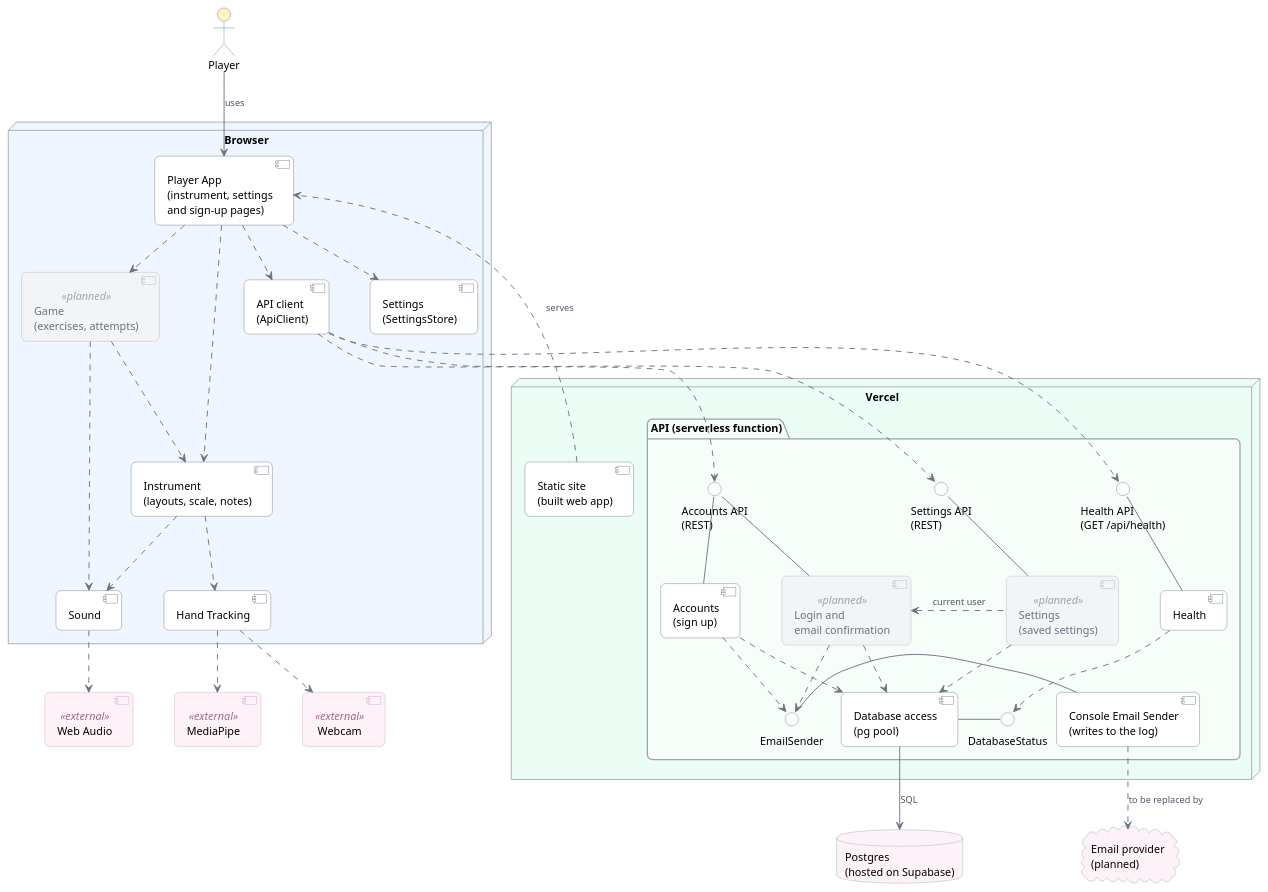
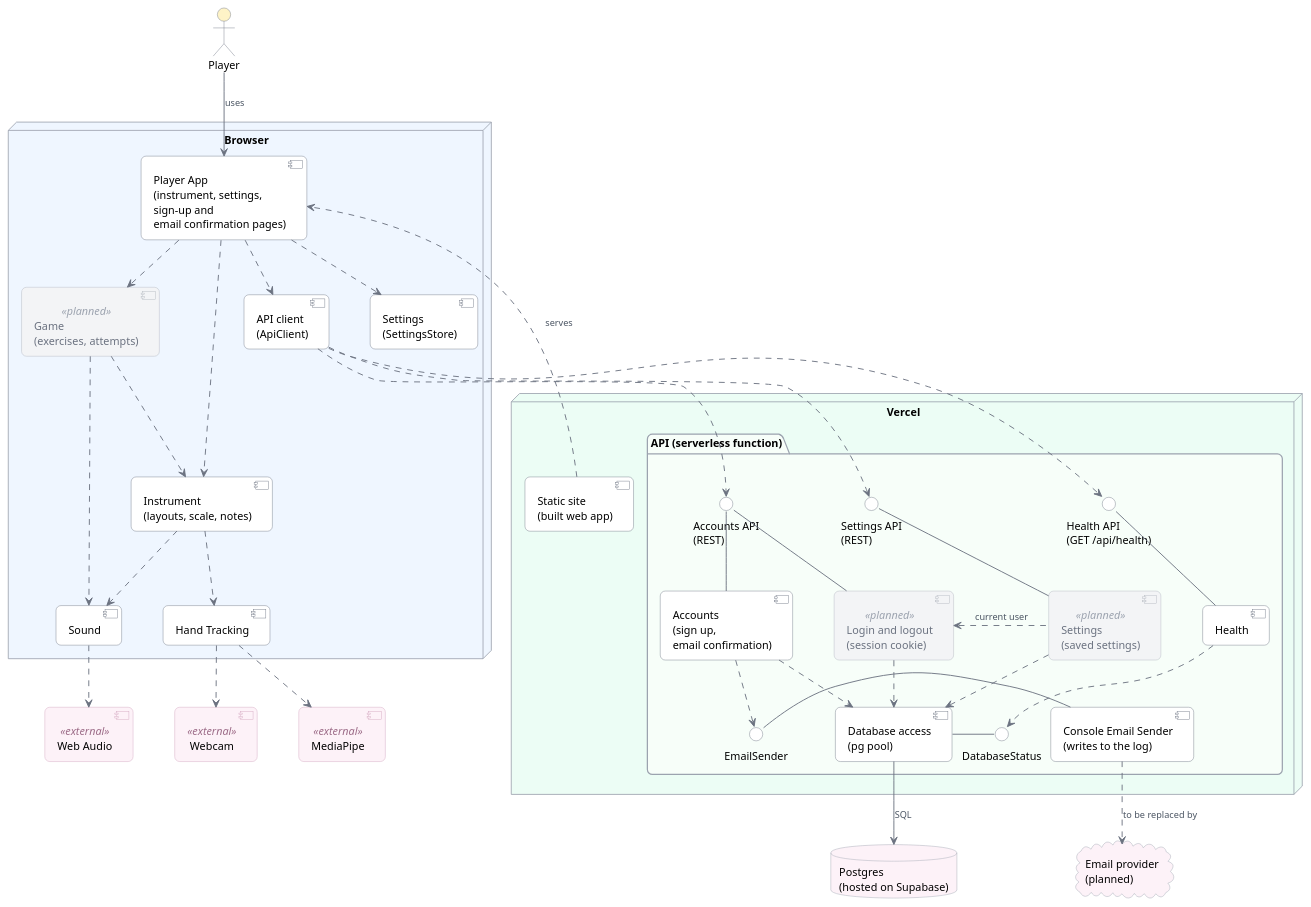
Before and after one commit to MESW-LES-2627/les-project-group-5: the diagram in docs/design/component-diagram.puml, drawn with PlantUML. The commit also changed 2 other files, not shown here.

Commit message:
docs: show email confirmation as built in the design report
Email confirmation was merged in #91. Login and logout stay planned
until #94 is merged.

```diff
--- a/docs/design/component-diagram.puml
+++ b/docs/design/component-diagram.puml
@@ -1,105 +1,104 @@
 @startuml
 ' Look: soft colours, rounded corners, curved lines, small grey labels.
 skinparam shadowing false
 skinparam roundCorner 12
 skinparam defaultFontName Helvetica
 skinparam defaultFontSize 13
 skinparam componentStyle uml2
 skinparam ArrowColor #6B7280
 skinparam ArrowThickness 1.1
 skinparam ArrowFontSize 11
 skinparam ArrowFontColor #4B5563
 skinparam nodeBorderColor #9CA3AF
 skinparam packageBorderColor #9CA3AF
 skinparam interfaceBorderColor #6B7280
 skinparam interfaceBackgroundColor #FFFFFF
 skinparam actorBorderColor #6B7280
 skinparam actorBackgroundColor #FEF3C7
 skinparam databaseBorderColor #9CA3AF
 skinparam cloudBorderColor #9CA3AF
 skinparam component {
   BackgroundColor #FFFFFF
   BorderColor #6B7280
 }
 skinparam component<<planned>> {
   BackgroundColor #F3F4F6
   BorderColor #B0B5BD
   FontColor #6B7280
   StereotypeFontColor #9CA3AF
 }
 skinparam component<<external>> {
   BackgroundColor #FDF2F8
   BorderColor #D1A3BD
   StereotypeFontColor #9C6B87
 }
 skinparam nodesep 50
 skinparam ranksep 55
 
 actor Player
 
 node "Browser" #EFF6FF {
-  component "Player App\n(instrument, settings\nand sign-up pages)" as App
+  component "Player App\n(instrument, settings,\nsign-up and\nemail confirmation pages)" as App
   component "Settings\n(SettingsStore)" as Set
   component "Game\n(exercises, attempts)" as Ear <<planned>>
   component "Instrument\n(layouts, scale, notes)" as Instr
   component "Hand Tracking" as Track
   component "Sound" as Sound
   component "API client\n(ApiClient)" as Client
 }
 
 node "Vercel" #ECFDF5 {
   package "API (serverless function)" #F7FEF9 {
     () "Health API\n(GET /api/health)" as HAPI
     () "Accounts API\n(REST)" as AAPI
     () "Settings API\n(REST)" as SAPI
     component "Health" as Health
-    component "Accounts\n(sign up)" as Acc
-    component "Login and\nemail confirmation" as Login <<planned>>
+    component "Accounts\n(sign up,\nemail confirmation)" as Acc
+    component "Login and logout\n(session cookie)" as Login <<planned>>
     component "Settings\n(saved settings)" as SSet <<planned>>
     () "DatabaseStatus" as DBS
     () "EmailSender" as ES
     component "Database access\n(pg pool)" as DBA
     component "Console Email Sender\n(writes to the log)" as Mail
   }
   component "Static site\n(built web app)" as Site
 }
 
 component "Webcam" as Cam <<external>>
 component "MediaPipe" as MP <<external>>
 component "Web Audio" as WA <<external>>
 database "Postgres\n(hosted on Supabase)" as PG #FDF2F8
 cloud "Email provider\n(planned)" as SMTP #FDF2F8
 
 Player -down-> App : uses
 App .down.> Set
 App .down.> Ear
 App .down.> Instr
 App .down.> Client
 Ear .down.> Instr
 Ear .down.> Sound
 Instr .down.> Track
 Instr .down.> Sound
 Track .down.> Cam
 Track .down.> MP
 Sound .down.> WA
 
 Client ..> HAPI
 Client ..> AAPI
 Client ..> SAPI
 HAPI -down- Health
 AAPI -down- Acc
 AAPI -down- Login
 SAPI -down- SSet
 SSet .left.> Login : current user
 Health .down.> DBS
 DBS - DBA
 Acc .down.> DBA
 Login .down.> DBA
 SSet .down.> DBA
 Acc .down.> ES
-Login .down.> ES
 Mail -left- ES
 Mail .down.> SMTP : to be replaced by
 DBA -down-> PG : SQL
 Site .[norank].> App : serves
 @enduml
```
